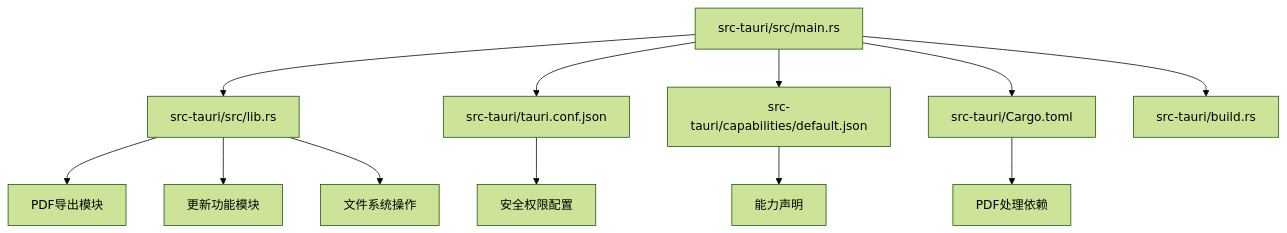
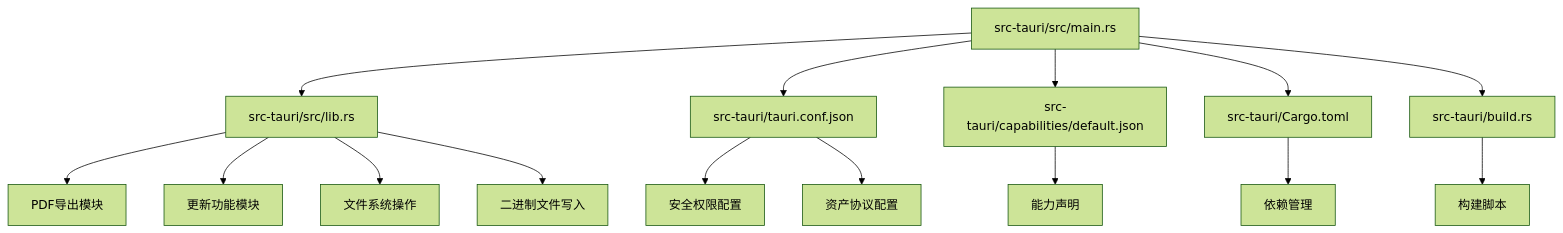
The first of 3 diagrams in .qoder/repowiki/zh/content/Tauri后端.md (gongshiyun/ZenNote), drawn with Mermaid (forest theme) before and after one commit. The commit also changed other lines of this file and 88 other files, not shown here.

````diff
--- a/.qoder/repowiki/zh/content/Tauri后端.md
+++ b/.qoder/repowiki/zh/content/Tauri后端.md
@@ -47,14 +48,17 @@
 ```mermaid
 graph TB
 A["src-tauri/src/main.rs"] --> B["src-tauri/src/lib.rs"]
 A --> C["src-tauri/tauri.conf.json"]
 A --> D["src-tauri/capabilities/default.json"]
 A --> E["src-tauri/Cargo.toml"]
 A --> F["src-tauri/build.rs"]
 B --> G["PDF导出模块"]
 B --> H["更新功能模块"]
 B --> I["文件系统操作"]
-C --> J["安全权限配置"]
-D --> K["能力声明"]
-E --> L["PDF处理依赖"]
+B --> J["二进制文件写入"]
+C --> K["安全权限配置"]
+C --> L["资产协议配置"]
+D --> M["能力声明"]
+E --> N["依赖管理"]
+F --> O["构建脚本"]
 ```
````
